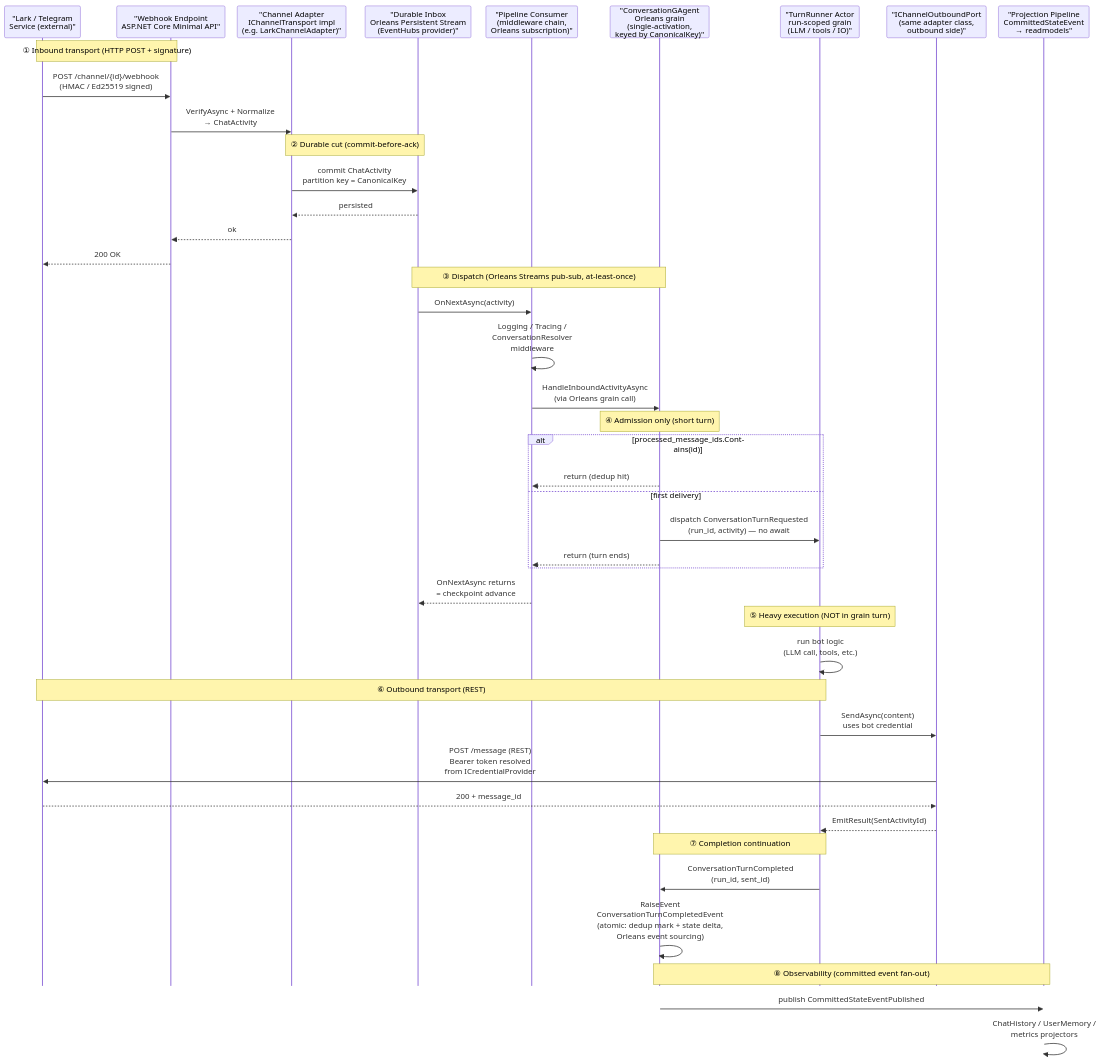
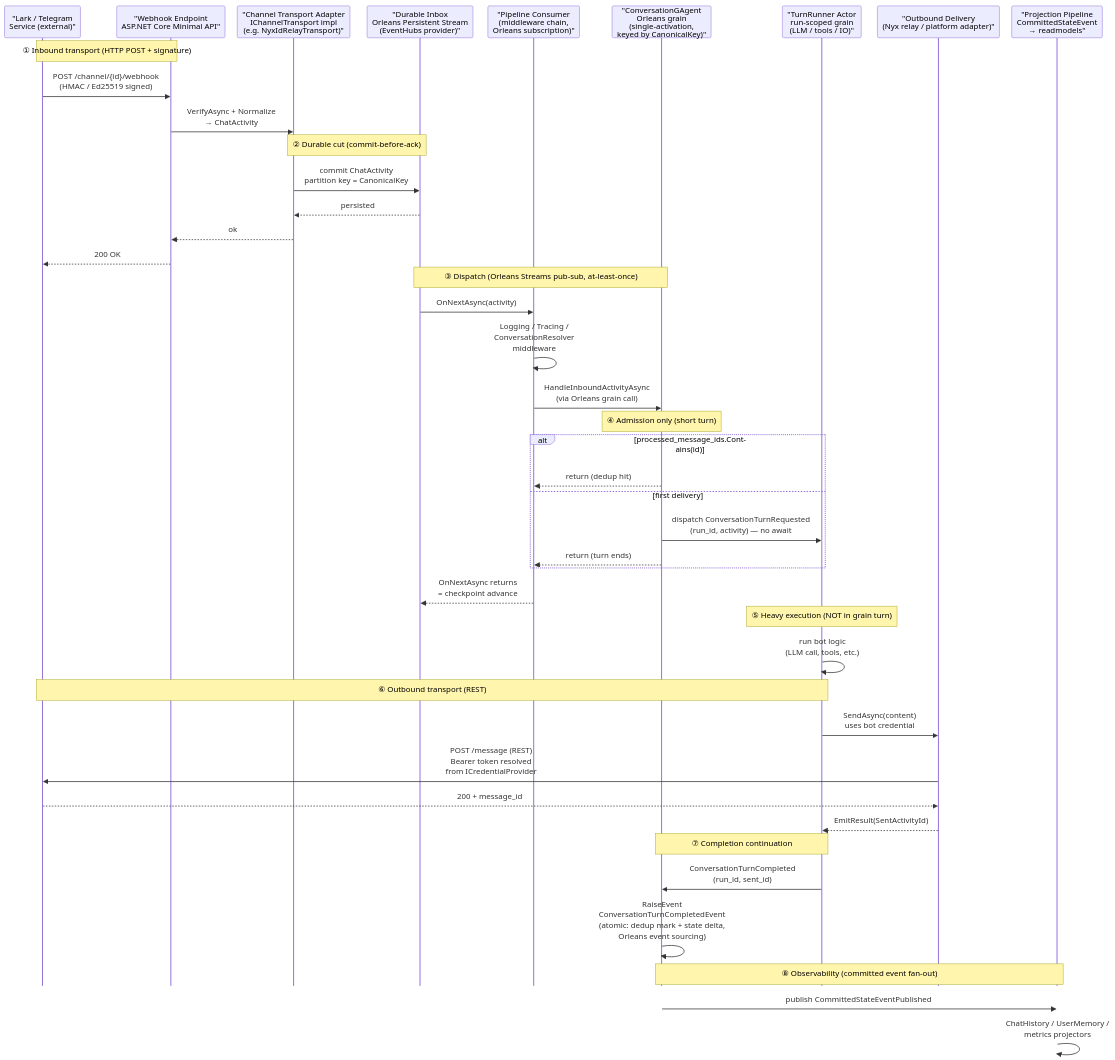
The diagram in docs/canon/aevatar-channel-architecture.md (aevatarAI/aevatar), drawn with Mermaid before and after one commit. The commit also changed other lines of this file and 75 other files, not shown here.

````diff
--- a/docs/canon/aevatar-channel-architecture.md
+++ b/docs/canon/aevatar-channel-architecture.md
@@ -58,54 +58,54 @@
 ```mermaid
 %%{init: {"maxTextSize": 100000, "sequence": {"actorMargin": 25, "messageMargin": 22, "boxMargin": 6, "mirrorActors": false}, "themeVariables": {"fontSize": "11px"}}}%%
 sequenceDiagram
     participant Ext as "Lark / Telegram<br/>Service (external)"
     participant EP as "Webhook Endpoint<br/>ASP.NET Core Minimal API"
-    participant AD as "Channel Adapter<br/>IChannelTransport impl<br/>(e.g. LarkChannelAdapter)"
+    participant AD as "Channel Transport Adapter<br/>IChannelTransport impl<br/>(e.g. NyxIdRelayTransport)"
     participant IN as "Durable Inbox<br/>Orleans Persistent Stream<br/>(EventHubs provider)"
     participant PC as "Pipeline Consumer<br/>(middleware chain,<br/>Orleans subscription)"
     participant CG as "ConversationGAgent<br/>Orleans grain<br/>(single-activation,<br/>keyed by CanonicalKey)"
     participant RA as "TurnRunner Actor<br/>run-scoped grain<br/>(LLM / tools / IO)"
-    participant OP as "IChannelOutboundPort<br/>(same adapter class,<br/>outbound side)"
+    participant OP as "Outbound Delivery<br/>(Nyx relay / platform adapter)"
     participant PROJ as "Projection Pipeline<br/>CommittedStateEvent<br/>→ readmodels"
 
     Note over Ext,EP: ① Inbound transport (HTTP POST + signature)
     Ext->>EP: POST /channel/{id}/webhook<br/>(HMAC / Ed25519 signed)
     EP->>AD: VerifyAsync + Normalize<br/>→ ChatActivity
 
     Note over AD,IN: ② Durable cut (commit-before-ack)
     AD->>IN: commit ChatActivity<br/>partition key = CanonicalKey
     IN-->>AD: persisted
     AD-->>EP: ok
     EP-->>Ext: 200 OK
 
     Note over IN,CG: ③ Dispatch (Orleans Streams pub-sub, at-least-once)
     IN->>PC: OnNextAsync(activity)
     PC->>PC: Logging / Tracing /<br/>ConversationResolver<br/>middleware
     PC->>CG: HandleInboundActivityAsync<br/>(via Orleans grain call)
 
     Note over CG: ④ Admission only (short turn)
     alt processed_message_ids.Contains(id)
         CG-->>PC: return (dedup hit)
     else first delivery
         CG->>RA: dispatch ConversationTurnRequested<br/>(run_id, activity) — no await
         CG-->>PC: return (turn ends)
     end
     PC-->>IN: OnNextAsync returns<br/>= checkpoint advance
 
     Note over RA: ⑤ Heavy execution (NOT in grain turn)
     RA->>RA: run bot logic<br/>(LLM call, tools, etc.)
 
     Note over RA,Ext: ⑥ Outbound transport (REST)
     RA->>OP: SendAsync(content)<br/>uses bot credential
     OP->>Ext: POST /message (REST)<br/>Bearer token resolved<br/>from ICredentialProvider
     Ext-->>OP: 200 + message_id
     OP-->>RA: EmitResult(SentActivityId)
 
     Note over RA,CG: ⑦ Completion continuation
     RA->>CG: ConversationTurnCompleted<br/>(run_id, sent_id)
     CG->>CG: RaiseEvent<br/>ConversationTurnCompletedEvent<br/>(atomic: dedup mark + state delta,<br/>Orleans event sourcing)
 
     Note over CG,PROJ: ⑧ Observability (committed event fan-out)
     CG->>PROJ: publish CommittedStateEventPublished
     PROJ->>PROJ: ChatHistory / UserMemory /<br/>metrics projectors
 ```
````
